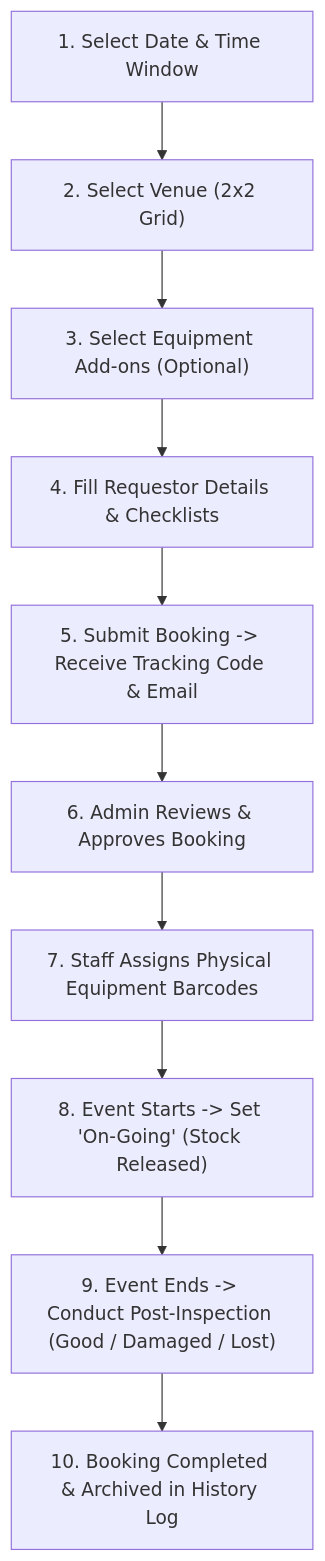
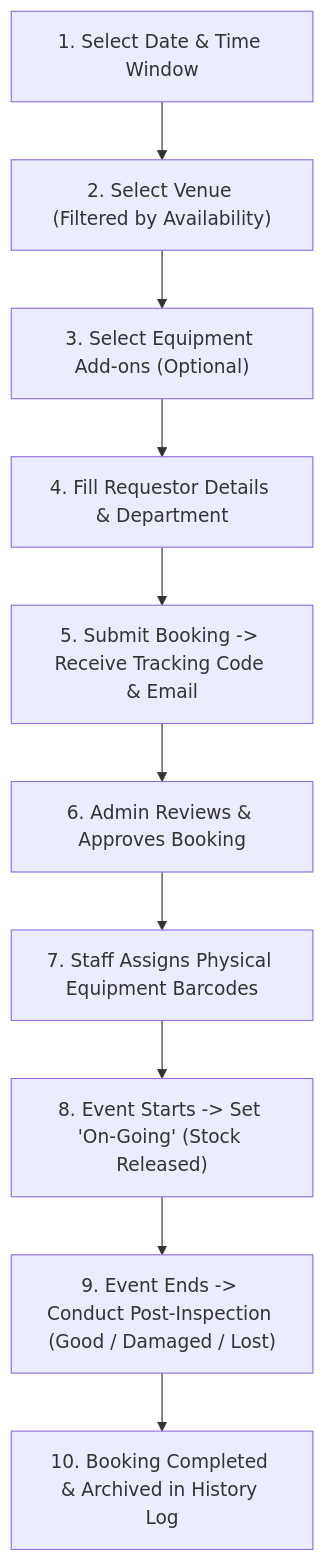
The second of 3 diagrams in SYSTEM_DOCUMENTATION.md (angiepetilo/fsuu-project), drawn with Mermaid before and after one commit. The commit also changed other lines of this file and 40 other files, not shown here.

````diff
--- a/SYSTEM_DOCUMENTATION.md
+++ b/SYSTEM_DOCUMENTATION.md
@@ -92,12 +127,12 @@
 ```mermaid
 graph TD
-    V1["1. Select Date & Time Window"] --> V2["2. Select Venue (2x2 Grid)"]
+    V1["1. Select Date & Time Window"] --> V2["2. Select Venue (Filtered by Availability)"]
     V2 --> V3["3. Select Equipment Add-ons (Optional)"]
-    V3 --> V4["4. Fill Requestor Details & Checklists"]
+    V3 --> V4["4. Fill Requestor Details & Department"]
     V4 --> V5["5. Submit Booking -> Receive Tracking Code & Email"]
     V5 --> V6["6. Admin Reviews & Approves Booking"]
     V6 --> V7["7. Staff Assigns Physical Equipment Barcodes"]
     V7 --> V8["8. Event Starts -> Set 'On-Going' (Stock Released)"]
     V8 --> V9["9. Event Ends -> Conduct Post-Inspection (Good / Damaged / Lost)"]
     V9 --> V10["10. Booking Completed & Archived in History Log"]
 ```
````
